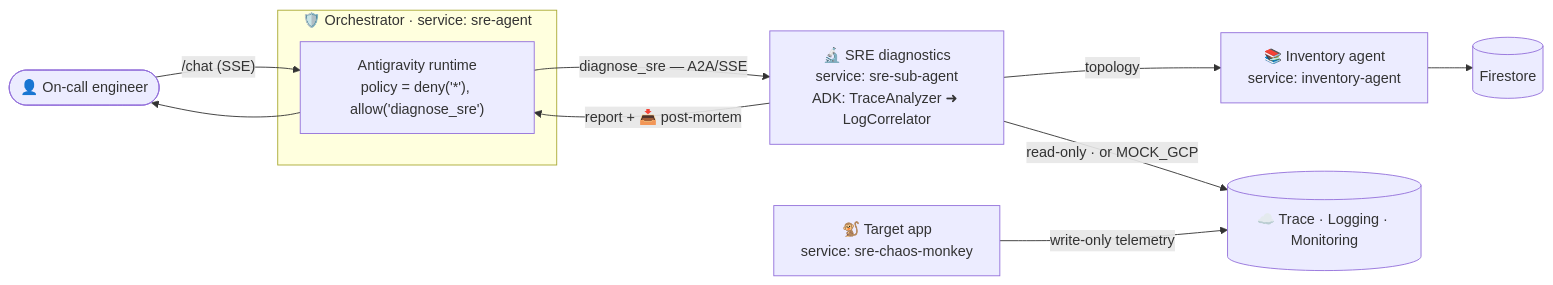
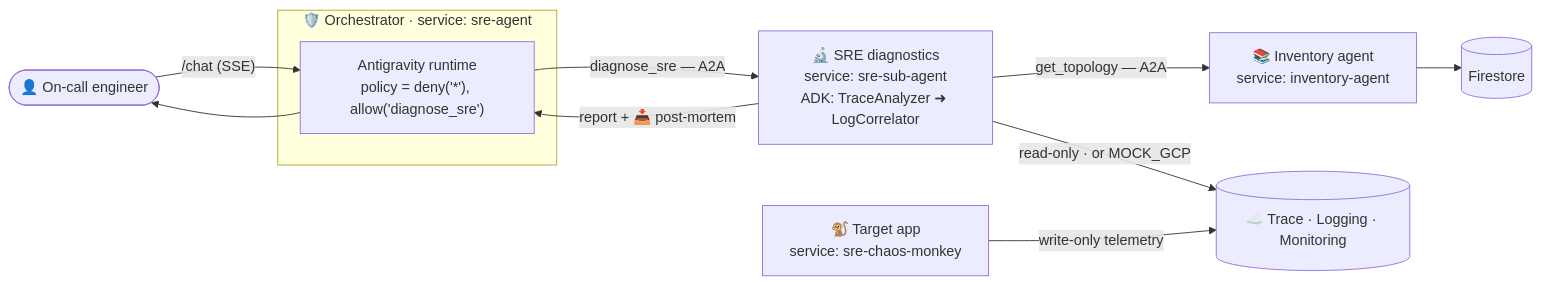
Before and after one commit to xSAVIKx/sre-agent: the diagram in README.md, drawn with Mermaid. The commit also changed other lines of this file and 6 other files, not shown here.

First line of the commit message:
feat(agent): the Orchestrator calls the SRE engine over A2A

````diff
--- a/README.md
+++ b/README.md
@@ -43,15 +49,15 @@
 ```mermaid
 flowchart LR
     User(["👤 On-call engineer"]) -->|"/chat (SSE)"| ORCH
 
     subgraph Safe["🛡️ Orchestrator · service: sre-agent"]
         ORCH["Antigravity runtime<br/>policy = deny('*'), allow('diagnose_sre')"]
     end
 
-    ORCH -->|"diagnose_sre — A2A/SSE"| SRE["🔬 SRE diagnostics<br/>service: sre-sub-agent<br/>ADK: TraceAnalyzer ➜ LogCorrelator"]
-    SRE -->|"topology"| INV["📚 Inventory agent<br/>service: inventory-agent"]
+    ORCH -->|"diagnose_sre — A2A"| SRE["🔬 SRE diagnostics<br/>service: sre-sub-agent<br/>ADK: TraceAnalyzer ➜ LogCorrelator"]
+    SRE -->|"get_topology — A2A"| INV["📚 Inventory agent<br/>service: inventory-agent"]
     INV --> FS[("Firestore")]
     SRE -->|"read-only · or MOCK_GCP"| OBS[("☁️ Trace · Logging · Monitoring")]
     APP["🐒 Target app<br/>service: sre-chaos-monkey"] -->|"write-only telemetry"| OBS
     SRE -->|"report + 📥 post-mortem"| ORCH --> User
 ```
````
